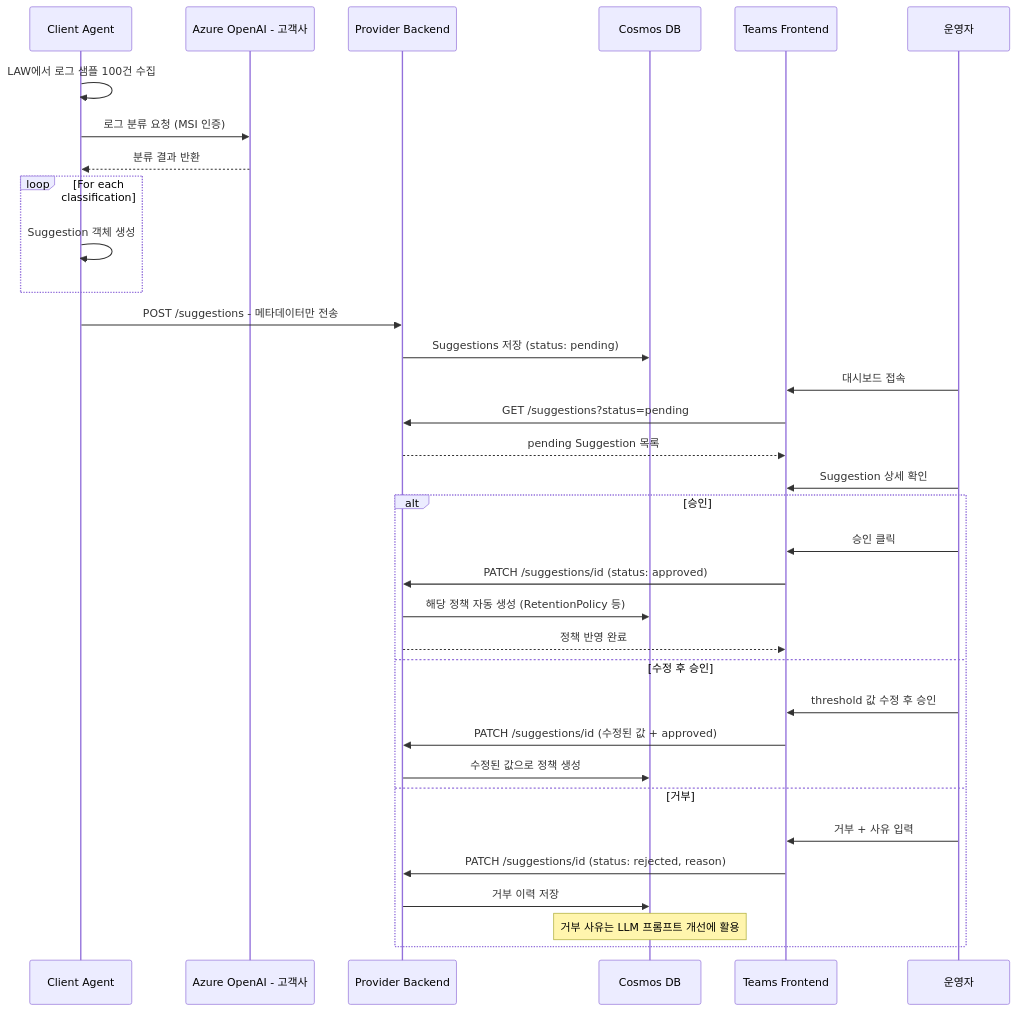
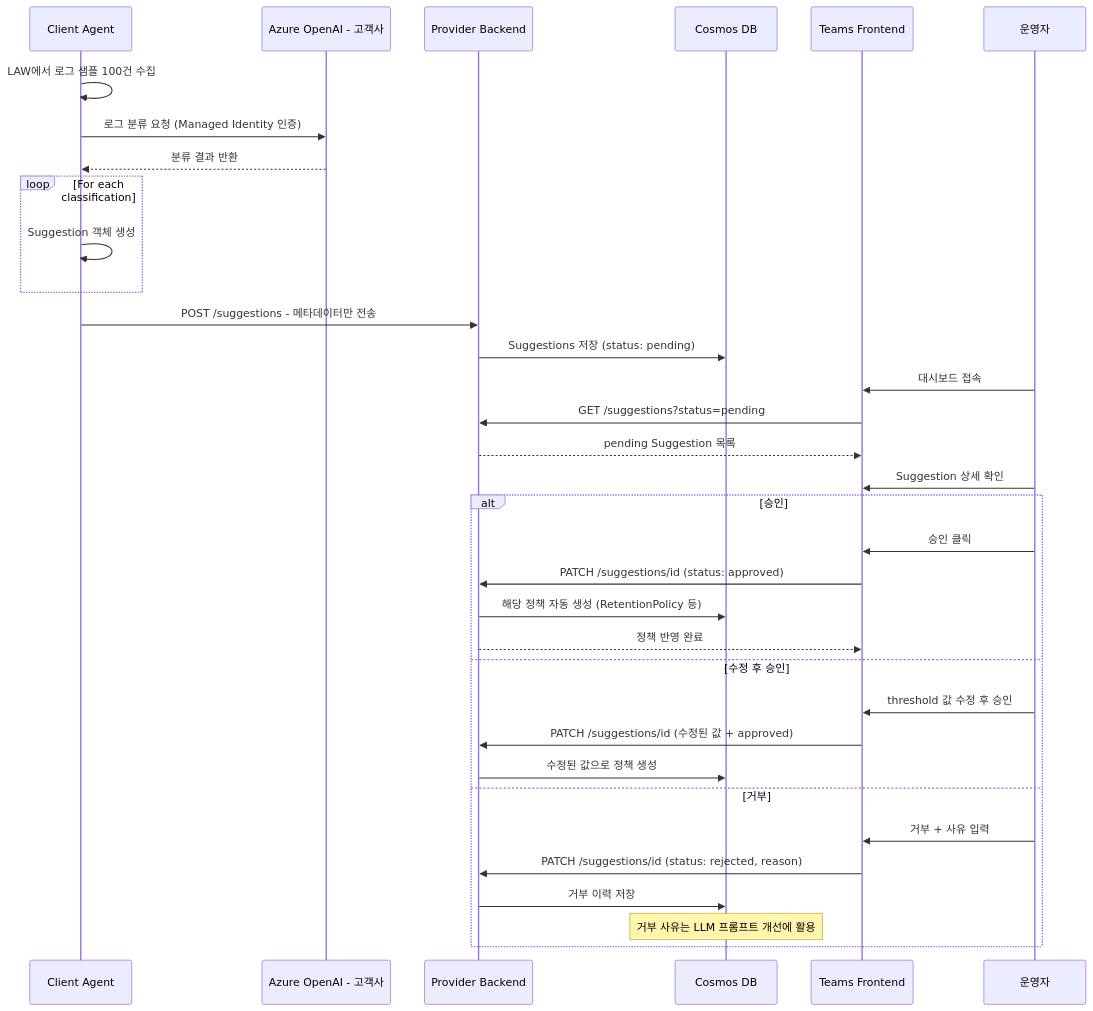
Diagram 23 of 30 in azure/projects/log-doctor-plan.md (chjcmy/study), drawn with Mermaid before and after one commit. The commit also changed other lines of this file and 2 other files, not shown here.

````diff
--- a/azure/projects/log-doctor-plan.md
+++ b/azure/projects/log-doctor-plan.md
@@ -969,42 +969,42 @@
 ```mermaid
 sequenceDiagram
     participant Agent as Client Agent
     participant AOAI as Azure OpenAI - 고객사
     participant PB as Provider Backend
     participant DB as Cosmos DB
     participant Teams as Teams Frontend
     participant Admin as 운영자
 
     Agent->>Agent: LAW에서 로그 샘플 100건 수집
-    Agent->>AOAI: 로그 분류 요청 (MSI 인증)
+    Agent->>AOAI: 로그 분류 요청 (Managed Identity 인증)
     AOAI-->>Agent: 분류 결과 반환
 
     loop For each classification
         Agent->>Agent: Suggestion 객체 생성
     end
 
     Agent->>PB: POST /suggestions - 메타데이터만 전송
     PB->>DB: Suggestions 저장 (status: pending)
 
     Admin->>Teams: 대시보드 접속
     Teams->>PB: GET /suggestions?status=pending
     PB-->>Teams: pending Suggestion 목록
 
     Admin->>Teams: Suggestion 상세 확인
 
     alt 승인
         Admin->>Teams: 승인 클릭
         Teams->>PB: PATCH /suggestions/id (status: approved)
         PB->>DB: 해당 정책 자동 생성 (RetentionPolicy 등)
         PB-->>Teams: 정책 반영 완료
     else 수정 후 승인
         Admin->>Teams: threshold 값 수정 후 승인
         Teams->>PB: PATCH /suggestions/id (수정된 값 + approved)
         PB->>DB: 수정된 값으로 정책 생성
     else 거부
         Admin->>Teams: 거부 + 사유 입력
         Teams->>PB: PATCH /suggestions/id (status: rejected, reason)
         PB->>DB: 거부 이력 저장
         Note over DB: 거부 사유는 LLM 프롬프트 개선에 활용
     end
 ```
````
